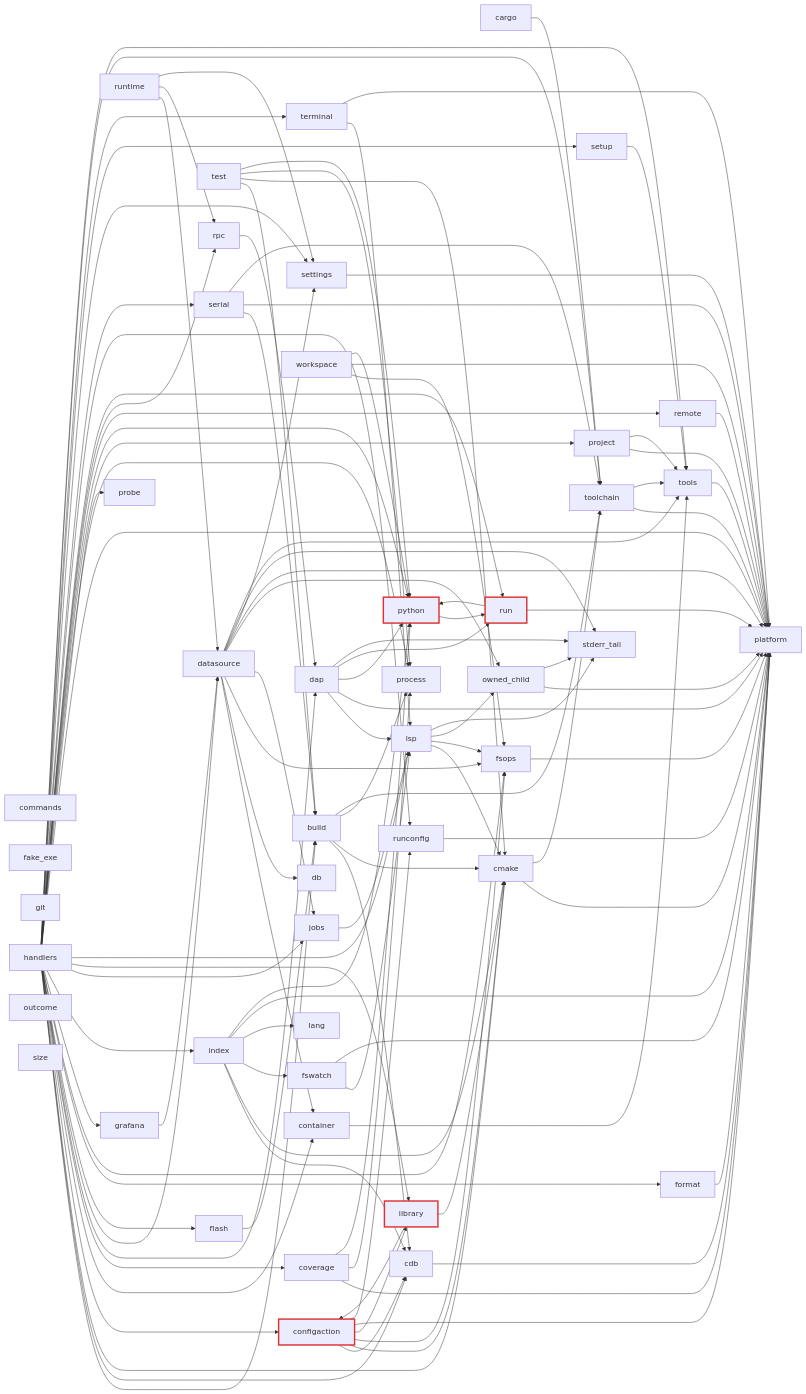
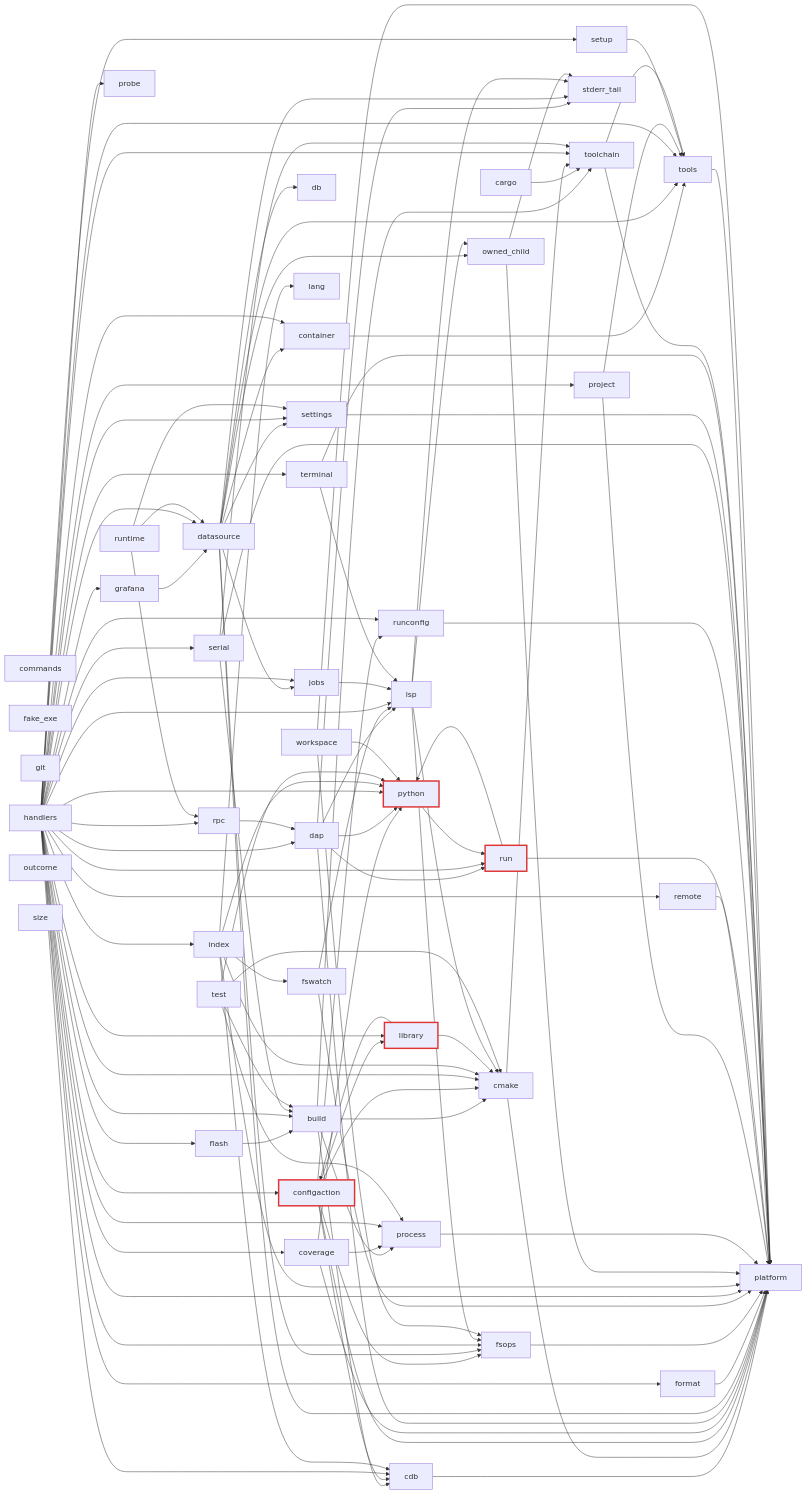
The third of 16 diagrams in DocsPublic/arquitetura/01-mapa-de-modulos.md (ViktorWalde/KineinVectis), drawn with Mermaid before and after one commit. The commit also changed other lines of this file and 10 other files, not shown here.

```diff
--- a/DocsPublic/arquitetura/01-mapa-de-modulos.md
+++ b/DocsPublic/arquitetura/01-mapa-de-modulos.md
@@ -223,6 +223,7 @@
   n_core_lsp --> n_core_stderr_tail
   n_core_owned_child --> n_core_platform
   n_core_owned_child --> n_core_stderr_tail
+  n_core_process --> n_core_platform
   n_core_project --> n_core_platform
   n_core_project --> n_core_tools
   n_core_python --> n_core_run
```
